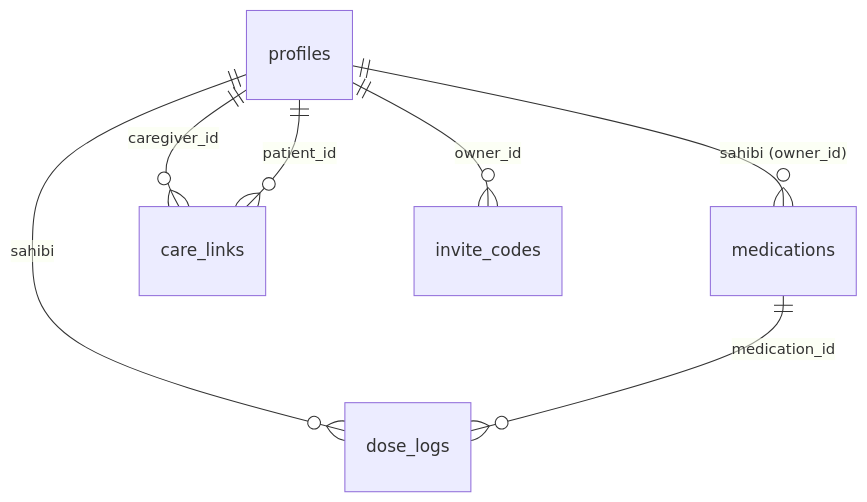
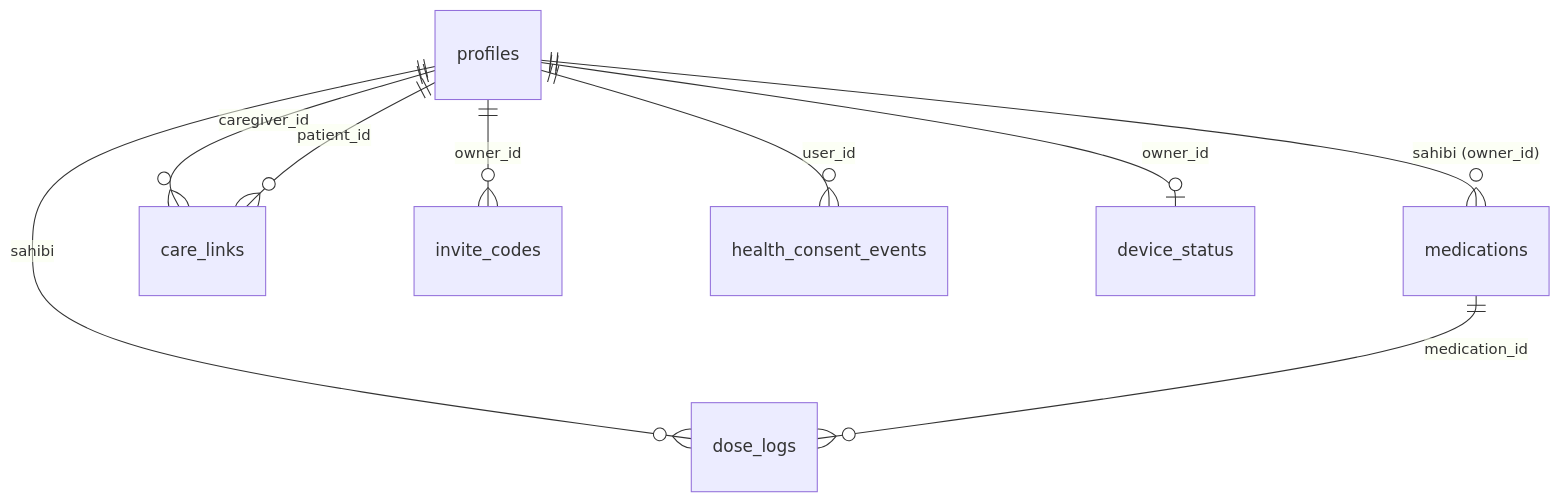
One commit to mustafabulut8/ilac-takip changed the first of 2 diagrams in docs/tur2-parca2-plan.md. Above: the diagram before and after it, drawn with Mermaid. The commit also changed other lines of this file and 1 other file, not shown here.

````diff
--- a/docs/tur2-parca2-plan.md
+++ b/docs/tur2-parca2-plan.md
@@ -112,9 +135,11 @@
 ```mermaid
 erDiagram
   profiles ||--o{ medications : "sahibi (owner_id)"
   profiles ||--o{ dose_logs : "sahibi"
   medications ||--o{ dose_logs : "medication_id"
   profiles ||--o{ care_links : "caregiver_id"
   profiles ||--o{ care_links : "patient_id"
   profiles ||--o{ invite_codes : "owner_id"
+  profiles ||--o{ health_consent_events : "user_id"
+  profiles ||--o| device_status : "owner_id"
 ```
````
